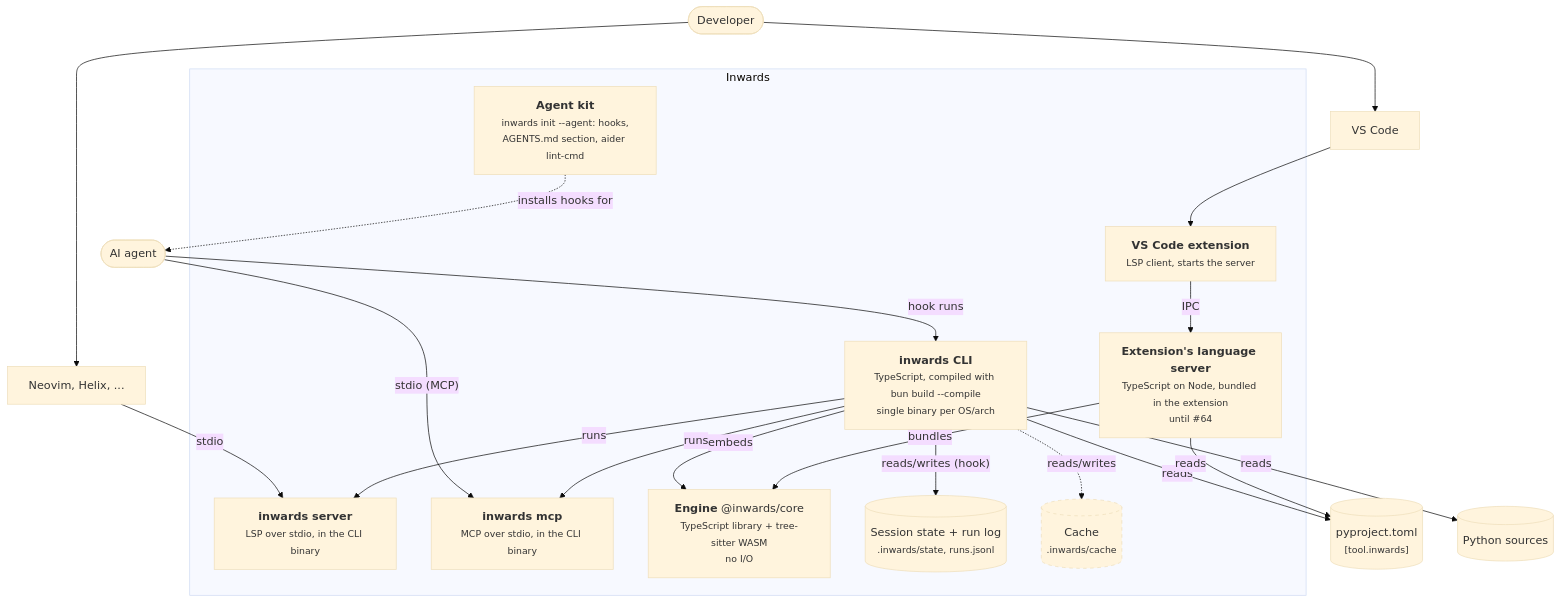
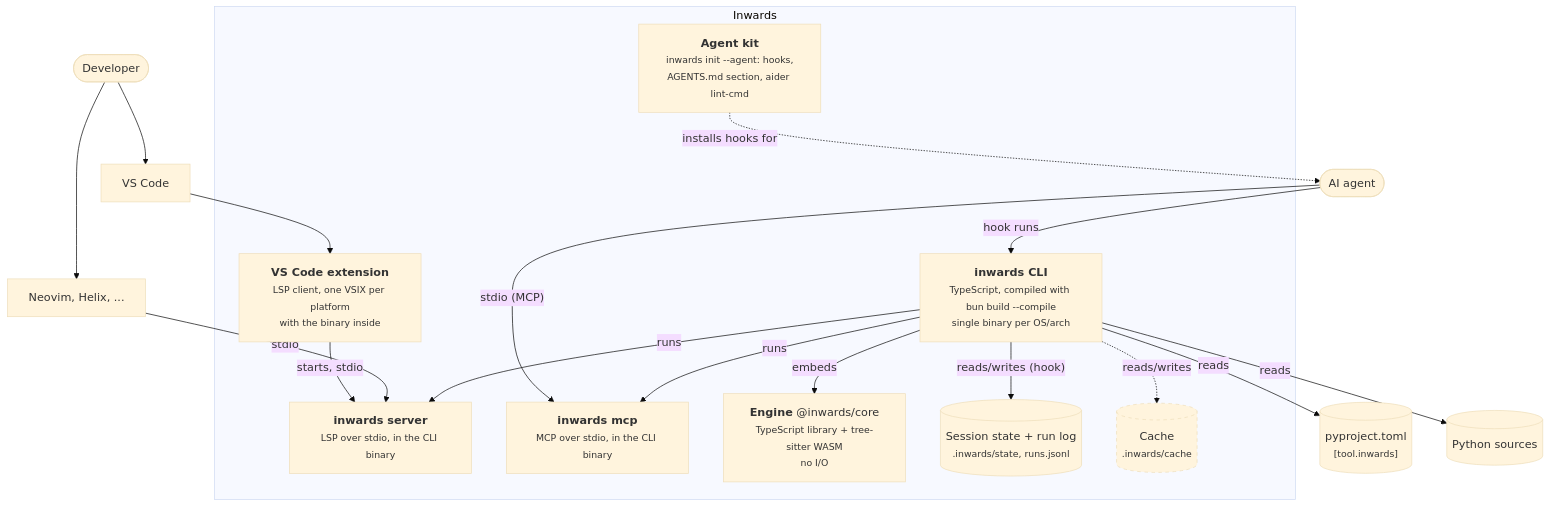
The second of 6 diagrams in docs/chapters/03-Architecture-C4.md (SirCypkowskyy/inwards), drawn with Mermaid (base theme) before and after one commit. The commit also changed other lines of this file and 52 other files, not shown here.

First line of the commit message:
feat(vscode): start inwards server from the binary bundled per platform

````diff
--- a/docs/chapters/03-Architecture-C4.md
+++ b/docs/chapters/03-Architecture-C4.md
@@ -47,40 +47,37 @@
 ```mermaid
 flowchart TB
     agent(["AI agent"])
     dev(["Developer"])
 
     subgraph dist["Inwards"]
         cli["<b>inwards CLI</b><br/><small>TypeScript, compiled with bun build --compile<br/>single binary per OS/arch</small>"]
         server["<b>inwards server</b><br/><small>LSP over stdio, in the CLI binary</small>"]
         mcp["<b>inwards mcp</b><br/><small>MCP over stdio, in the CLI binary</small>"]
-        lsp["<b>Extension's language server</b><br/><small>TypeScript on Node, bundled in the extension<br/>until #64</small>"]
-        ext["<b>VS Code extension</b><br/><small>LSP client, starts the server</small>"]
+        ext["<b>VS Code extension</b><br/><small>LSP client, one VSIX per platform<br/>with the binary inside</small>"]
         core["<b>Engine</b> @inwards/core<br/><small>TypeScript library + tree-sitter WASM<br/>no I/O</small>"]
         hooks["<b>Agent kit</b><br/><small>inwards init --agent: hooks,<br/>AGENTS.md section, aider lint-cmd</small>"]
         state[("Session state + run log<br/><small>.inwards/state, runs.jsonl</small>")]
         cache[("Cache<br/><small>.inwards/cache</small>")]
     end
 
     config[("pyproject.toml<br/><small>[tool.inwards]</small>")]
     src[("Python sources")]
     vscode["VS Code"]
     other["Neovim, Helix, ..."]
 
     agent -- "hook runs" --> cli
     hooks -. "installs hooks for" .-> agent
-    dev --> vscode --> ext -- "IPC" --> lsp
+    dev --> vscode --> ext -- "starts, stdio" --> server
     dev --> other -- "stdio" --> server
     cli -- "runs" --> server
     agent -- "stdio (MCP)" --> mcp
     cli -- "runs" --> mcp
     cli -- "embeds" --> core
-    lsp -- "bundles" --> core
     cli -- "reads" --> config
     cli -- "reads" --> src
-    lsp -- "reads" --> config
     cli -- "reads/writes (hook)" --> state
     cli -. "reads/writes" .-> cache
 
     classDef planned stroke-dasharray:5 5
     class cache planned
 ```
````
